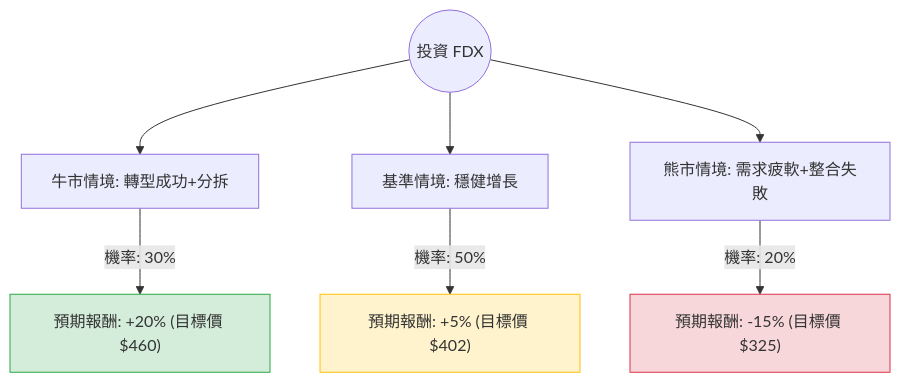
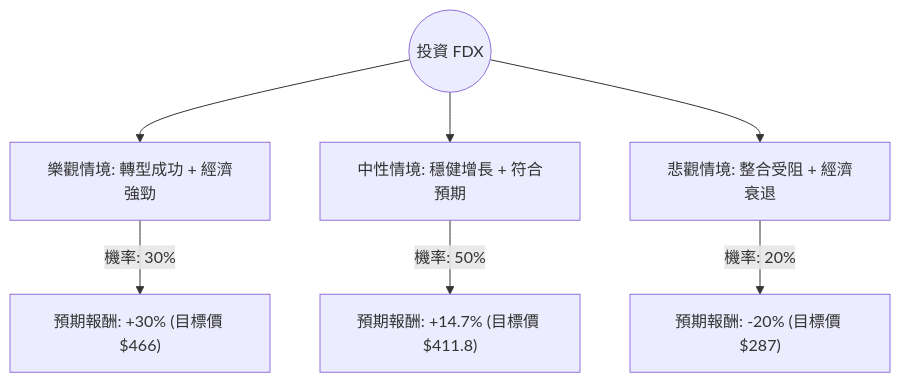
The diagram in plugin-react/ai-analysis/ev-analysis/FDX.md (zmcx16/zmcx16.github.io), drawn with Mermaid before and after one commit. The commit also changed other lines of this file and 74 other files, not shown here.

````diff
--- a/plugin-react/ai-analysis/ev-analysis/FDX.md
+++ b/plugin-react/ai-analysis/ev-analysis/FDX.md
@@ -20,14 +20,10 @@
 ```mermaid
 graph TD
-    Start((投資 FDX)) --> Bull[牛市情境: 轉型成功+分拆]
-    Start --> Base[基準情境: 穩健增長]
-    Start --> Bear[熊市情境: 需求疲軟+整合失敗]
+    Start((投資 FDX)) --> Bull[樂觀情境: 轉型成功 + 經濟強勁]
+    Start --> Base[中性情境: 穩健增長 + 符合預期]
+    Start --> Bear[悲觀情境: 整合受阻 + 經濟衰退]
 
-    Bull -- "機率: 30%" --> BullResult["預期報酬: +20% (目標價 $460)"]
-    Base -- "機率: 50%" --> BaseResult["預期報酬: +5% (目標價 $402)"]
-    Bear -- "機率: 20%" --> BearResult["預期報酬: -15% (目標價 $325)"]
-
-    style BullResult fill:#d4edda,stroke:#28a745
-    style BaseResult fill:#fff3cd,stroke:#ffc107
-    style BearResult fill:#f8d7da,stroke:#dc3545
+    Bull -- "機率: 30%" --> BullReturn["預期報酬: +30% (目標價 $466)"]
+    Base -- "機率: 50%" --> BaseReturn["預期報酬: +14.7% (目標價 $411.8)"]
+    Bear -- "機率: 20%" --> BearReturn["預期報酬: -20% (目標價 $287)"]
 ```
````
